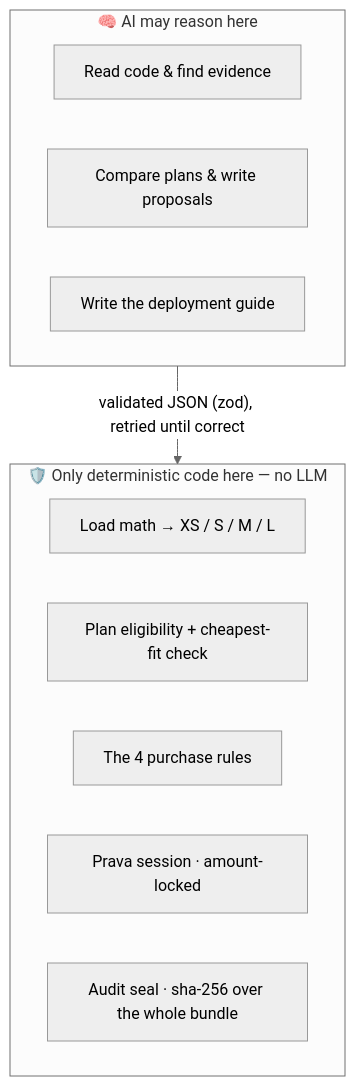
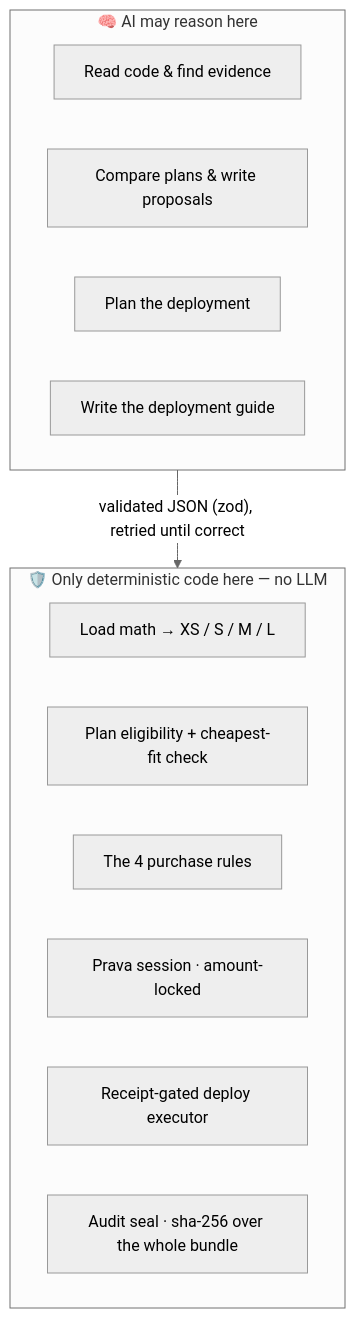
Before and after one commit to Dev4057/pay_right: the second of 2 diagrams in README.md, drawn with Mermaid (neutral theme). The commit also changed other lines of this file and 1 other file, not shown here.

````diff
--- a/README.md
+++ b/README.md
@@ -62,16 +71,18 @@
 ```mermaid
 flowchart TB
     subgraph AI["🧠 AI may reason here"]
         R1[Read code & find evidence]
         R2[Compare plans & write proposals]
-        R3[Write the deployment guide]
+        R3[Plan the deployment]
+        R4[Write the deployment guide]
     end
     subgraph CODE["🛡️ Only deterministic code here — no LLM"]
         C1[Load math → XS / S / M / L]
         C2[Plan eligibility + cheapest-fit check]
         C3[The 4 purchase rules]
         C4[Prava session · amount-locked]
-        C5[Audit seal · sha-256 over the whole bundle]
+        C5[Receipt-gated deploy executor]
+        C6[Audit seal · sha-256 over the whole bundle]
     end
     AI -->|"validated JSON (zod), retried until correct"| CODE
 ```
````
